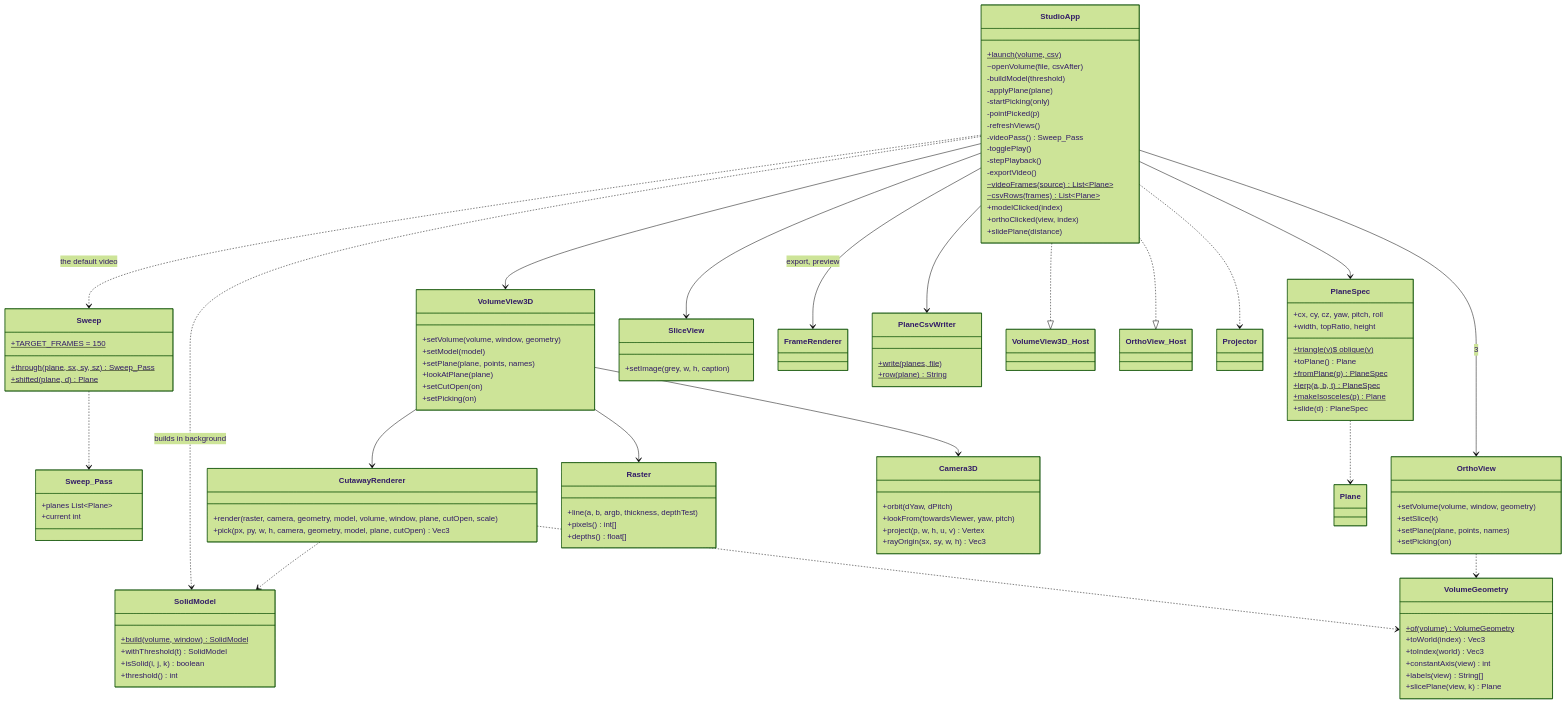
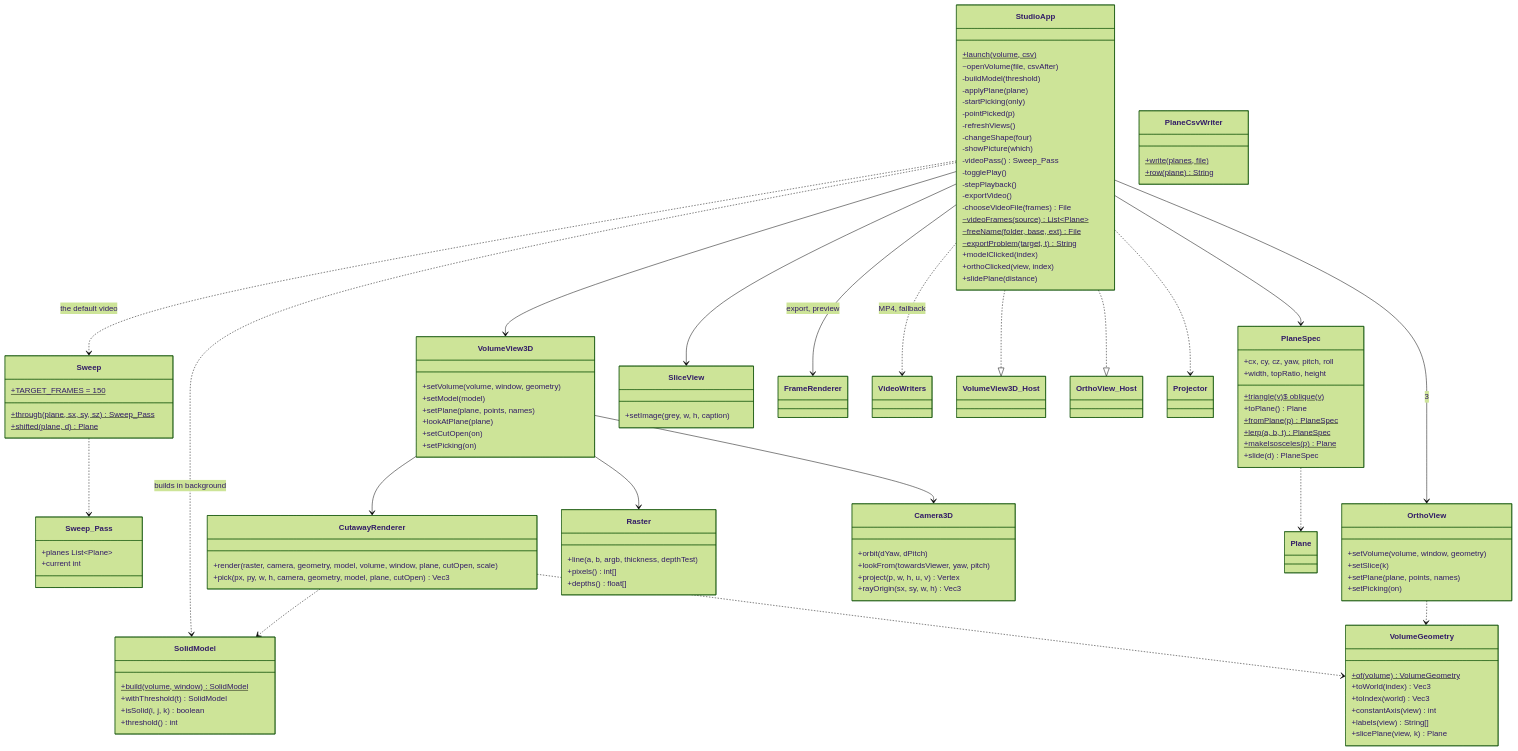
Before and after one commit to NoamTheGolem/Intro2SE_Ex1: the fourth of 6 diagrams in docs/SDD.md, drawn with Mermaid (forest theme). The commit also changed other lines of this file and 13 other files, not shown here.

```diff
--- a/docs/SDD.md
+++ b/docs/SDD.md
@@ -195,12 +197,16 @@
       -startPicking(only)
       -pointPicked(p)
       -refreshViews()
+      -changeShape(four)
+      -showPicture(which)
       -videoPass() Sweep_Pass
       -togglePlay()
       -stepPlayback()
       -exportVideo()
+      -chooseVideoFile(frames) File
       ~videoFrames(source)$ List~Plane~
-      ~csvRows(frames)$ List~Plane~
+      ~freeName(folder, base, ext)$ File
+      ~exportProblem(target, t)$ String
       +modelClicked(index)
       +orthoClicked(view, index)
       +slidePlane(distance)
@@ -282,7 +288,7 @@
     StudioApp --> OrthoView : 3
     StudioApp --> SliceView
     StudioApp --> FrameRenderer : export, preview
-    StudioApp --> PlaneCsvWriter
+    StudioApp ..> VideoWriters : MP4, fallback
     StudioApp ..> SolidModel : builds in background
     VolumeView3D --> CutawayRenderer
     VolumeView3D --> Raster
```
